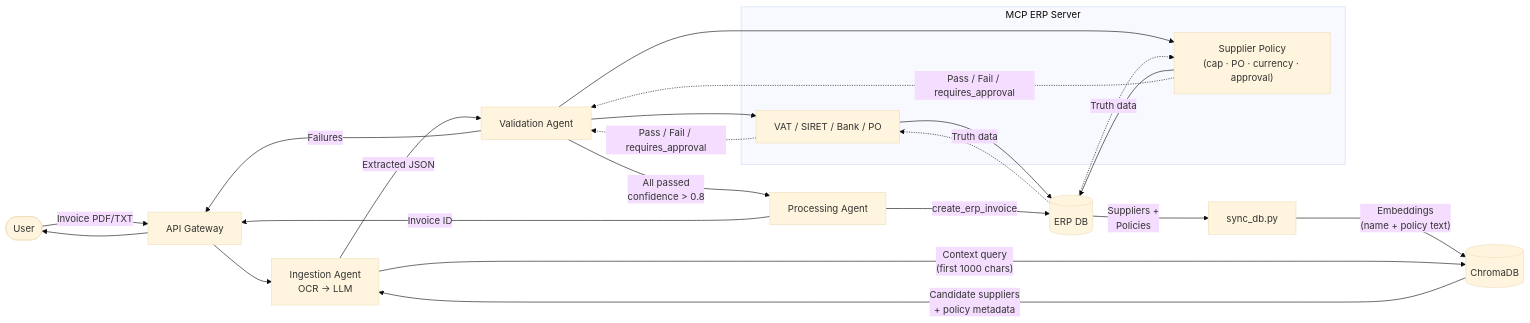
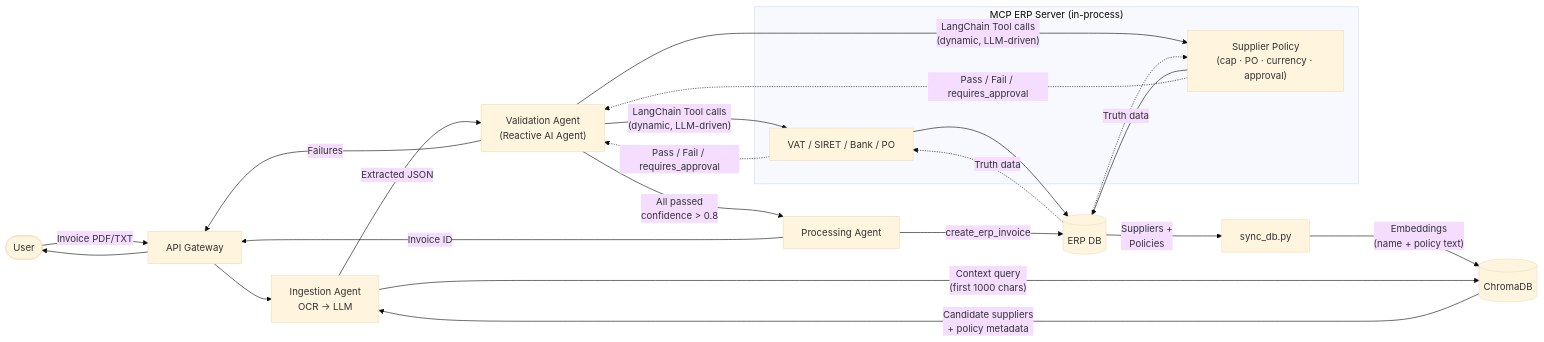
One commit to raghuramr-jpg/einvoice-processing changed the second of 2 diagrams in README.md. Above: the diagram before and after it, drawn with Mermaid (base theme). The commit also changed other lines of this file and 15 other files, not shown here.

Commit message:
feat: Implement invoice ingestion agent with LLM-powered OCR extraction, VLM support, and ChromaDB integration.

````diff
--- a/README.md
+++ b/README.md
@@ -77,28 +77,28 @@
 ```mermaid
 flowchart LR
     User(["User"]) -- "Invoice PDF/TXT" --> GW["API Gateway"]
     GW --> Ing["Ingestion Agent\nOCR → LLM"]
 
     ERP[(ERP DB)] -- "Suppliers +\nPolicies" --> Sync["sync_db.py"]
     Sync -- "Embeddings\n(name + policy text)" --> RAG[(ChromaDB)]
 
     Ing -- "Context query\n(first 1000 chars)" --> RAG
     RAG -- "Candidate suppliers\n+ policy metadata" --> Ing
 
-    Ing -- "Extracted JSON" --> Val["Validation Agent"]
+    Ing -- "Extracted JSON" --> Val["Validation Agent\n(Reactive AI Agent)"]
 
-    subgraph MCP["MCP ERP Server"]
+    subgraph MCP["MCP ERP Server (in-process)"]
         V1["VAT / SIRET / Bank / PO"]
         V2["Supplier Policy\n(cap · PO · currency · approval)"]
     end
 
-    Val --> V1 & V2
+    Val -- "LangChain Tool calls\n(dynamic, LLM-driven)" --> V1 & V2
     V1 & V2 --> ERP
     ERP -. "Truth data" .-> V1 & V2
     V1 & V2 -. "Pass / Fail / requires_approval" .-> Val
 
     Val -- "All passed\nconfidence > 0.8" --> Proc["Processing Agent"]
     Val -- "Failures" --> GW
     Proc -- "create_erp_invoice" --> ERP
     Proc -- "Invoice ID" --> GW --> User
 ```
````
